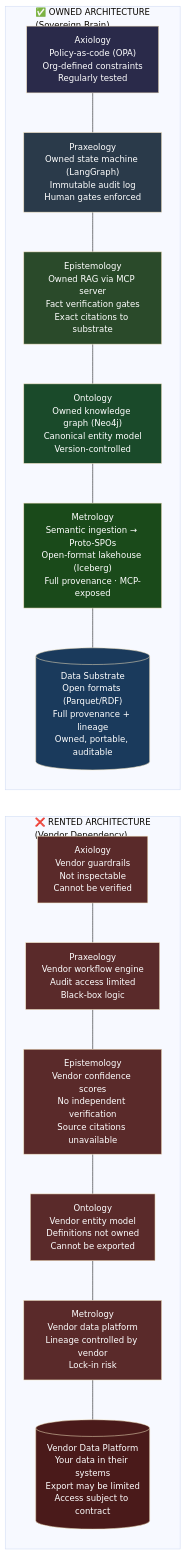
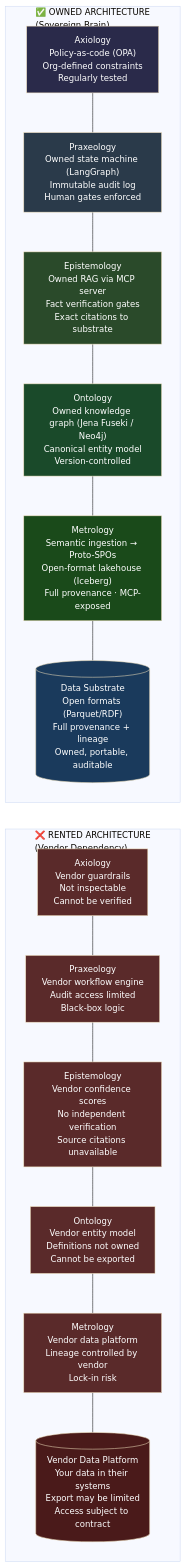
The first of 3 diagrams in diagrams/owned-vs-rented.md (PhilipAsiala/moepa-cognitive-architecture), drawn with Mermaid (base theme) before and after one commit. The commit also changed other lines of this file and 3 other files, not shown here.

First line of the commit message:
Primer and diagrams: one system of record, gateway boundary, Jena over Neptune

````diff
--- a/diagrams/owned-vs-rented.md
+++ b/diagrams/owned-vs-rented.md
@@ -9,38 +9,38 @@
 ```mermaid
 graph LR
     subgraph RENT["❌ RENTED ARCHITECTURE\n(Vendor Dependency)"]
         direction TB
         R5["Axiology\nVendor guardrails\nNot inspectable\nCannot be verified"]
         R4["Praxeology\nVendor workflow engine\nAudit access limited\nBlack-box logic"]
         R3["Epistemology\nVendor confidence scores\nNo independent verification\nSource citations unavailable"]
         R2["Ontology\nVendor entity model\nDefinitions not owned\nCannot be exported"]
         R1["Metrology\nVendor data platform\nLineage controlled by vendor\nLock-in risk"]
         RDS[("Vendor Data Platform\nYour data in their systems\nExport may be limited\nAccess subject to contract")]
         R5 --- R4 --- R3 --- R2 --- R1 --- RDS
     end
 
     subgraph OWN["✅ OWNED ARCHITECTURE\n(Sovereign Brain)"]
         direction TB
         O5["Axiology\nPolicy-as-code (OPA)\nOrg-defined constraints\nRegularly tested"]
         O4["Praxeology\nOwned state machine (LangGraph)\nImmutable audit log\nHuman gates enforced"]
         O3["Epistemology\nOwned RAG via MCP server\nFact verification gates\nExact citations to substrate"]
-        O2["Ontology\nOwned knowledge graph (Neo4j)\nCanonical entity model\nVersion-controlled"]
+        O2["Ontology\nOwned knowledge graph (Jena Fuseki / Neo4j)\nCanonical entity model\nVersion-controlled"]
         O1["Metrology\nSemantic ingestion → Proto-SPOs\nOpen-format lakehouse (Iceberg)\nFull provenance · MCP-exposed"]
         ODS[("Data Substrate\nOpen formats (Parquet/RDF)\nFull provenance + lineage\nOwned, portable, auditable")]
         O5 --- O4 --- O3 --- O2 --- O1 --- ODS
     end
 
     style RDS fill:#4a1a1a,color:#ffffff
     style R1 fill:#5a2a2a,color:#ffffff
     style R2 fill:#5a2a2a,color:#ffffff
     style R3 fill:#5a2a2a,color:#ffffff
     style R4 fill:#5a2a2a,color:#ffffff
     style R5 fill:#5a2a2a,color:#ffffff
 
     style ODS fill:#1a3a5c,color:#ffffff
     style O1 fill:#1a4a1a,color:#ffffff
     style O2 fill:#1a4a2a,color:#ffffff
     style O3 fill:#2a4a2a,color:#ffffff
     style O4 fill:#2a3a4a,color:#ffffff
     style O5 fill:#2a2a4a,color:#ffffff
 ```
````
